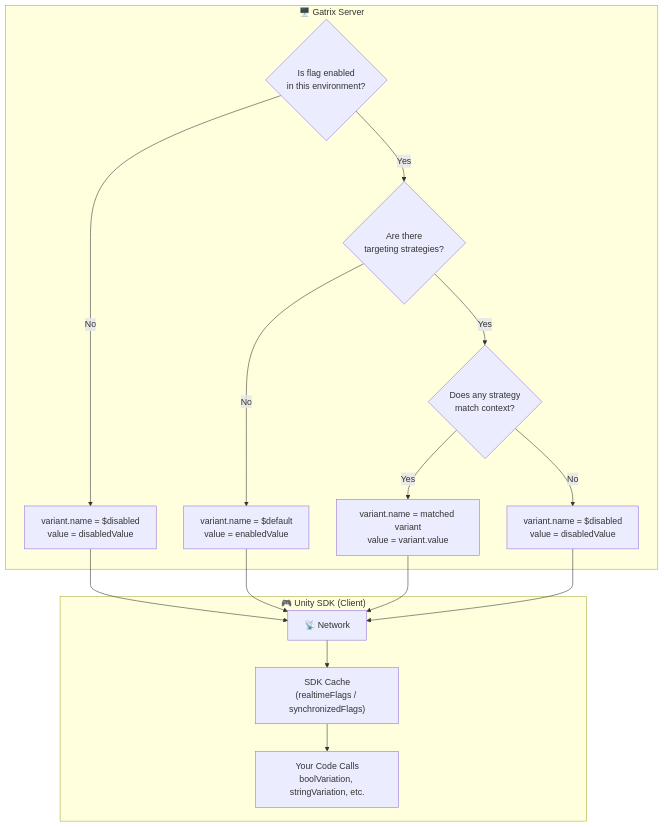
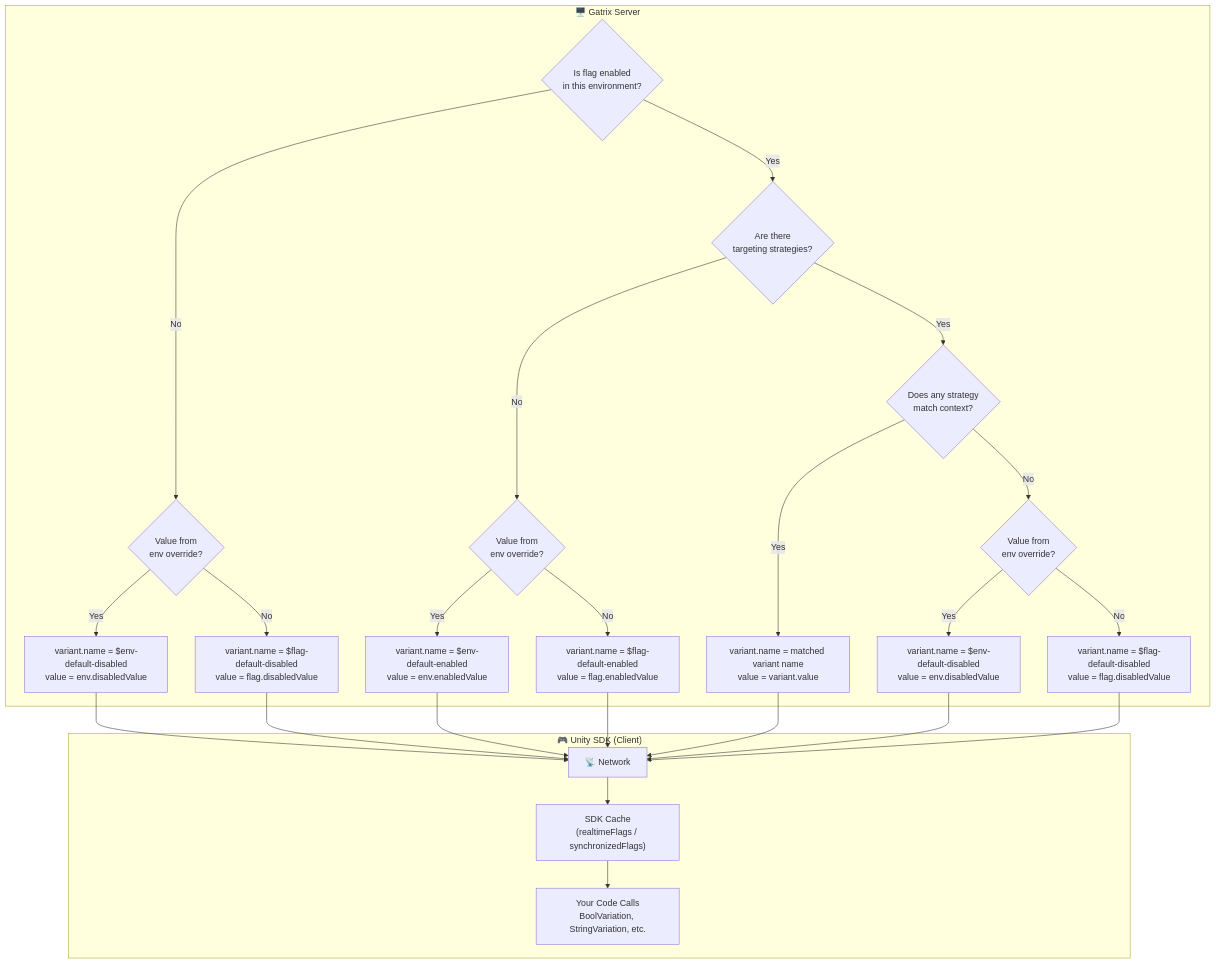
One commit to maxidea1024/gatrix changed the second of 8 diagrams in packages/sdks/client-sdks/gatrix-unity-sdk/README.md. Above: the diagram before and after it, drawn with Mermaid. The commit also changed other lines of this file and 1 other file, not shown here.

Commit message:
docs(unity-sdk): fix variant names and add Variation API signatures with fallbackValue explanation

````diff
--- a/packages/sdks/client-sdks/gatrix-unity-sdk/README.md
+++ b/packages/sdks/client-sdks/gatrix-unity-sdk/README.md
@@ -77,22 +77,31 @@
 ```mermaid
 flowchart TD
     subgraph SERVER ["🖥️ Gatrix Server"]
         S1{"Is flag enabled<br/>in this environment?"}
-        S1 -->|No| S2["variant.name = $disabled<br/>value = disabledValue"]
+        S1 -->|No| S2{"Value from<br/>env override?"}
+        S2 -->|Yes| S2A["variant.name = $env-default-disabled<br/>value = env.disabledValue"]
+        S2 -->|No| S2B["variant.name = $flag-default-disabled<br/>value = flag.disabledValue"]
         S1 -->|Yes| S3{"Are there<br/>targeting strategies?"}
-        S3 -->|No| S4["variant.name = $default<br/>value = enabledValue"]
+        S3 -->|No| S4{"Value from<br/>env override?"}
+        S4 -->|Yes| S4A["variant.name = $env-default-enabled<br/>value = env.enabledValue"]
+        S4 -->|No| S4B["variant.name = $flag-default-enabled<br/>value = flag.enabledValue"]
         S3 -->|Yes| S5{"Does any strategy<br/>match context?"}
-        S5 -->|Yes| S6["variant.name = matched variant<br/>value = variant.value"]
-        S5 -->|No| S7["variant.name = $disabled<br/>value = disabledValue"]
+        S5 -->|Yes| S6["variant.name = matched variant name<br/>value = variant.value"]
+        S5 -->|No| S7{"Value from<br/>env override?"}
+        S7 -->|Yes| S7A["variant.name = $env-default-disabled<br/>value = env.disabledValue"]
+        S7 -->|No| S7B["variant.name = $flag-default-disabled<br/>value = flag.disabledValue"]
     end
 
-    S2 --> NET["📡 Network"]
-    S4 --> NET
+    S2A --> NET["📡 Network"]
+    S2B --> NET
+    S4A --> NET
+    S4B --> NET
     S6 --> NET
-    S7 --> NET
+    S7A --> NET
+    S7B --> NET
 
     subgraph SDK ["🎮 Unity SDK (Client)"]
         NET --> CACHE["SDK Cache<br/>(realtimeFlags / synchronizedFlags)"]
-        CACHE --> ACCESS["Your Code Calls<br/>boolVariation, stringVariation, etc."]
+        CACHE --> ACCESS["Your Code Calls<br/>BoolVariation, StringVariation, etc."]
     end
 ```
````
